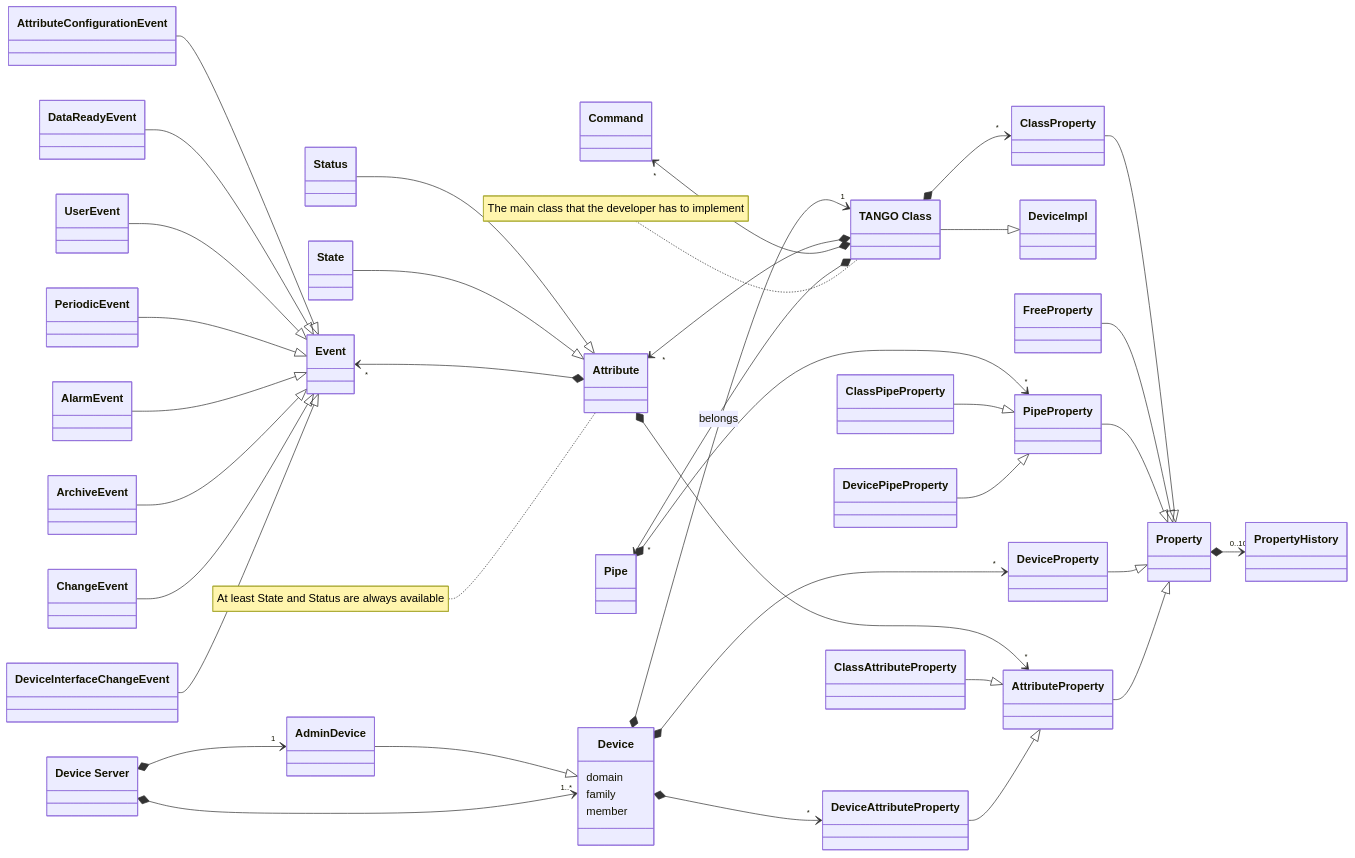
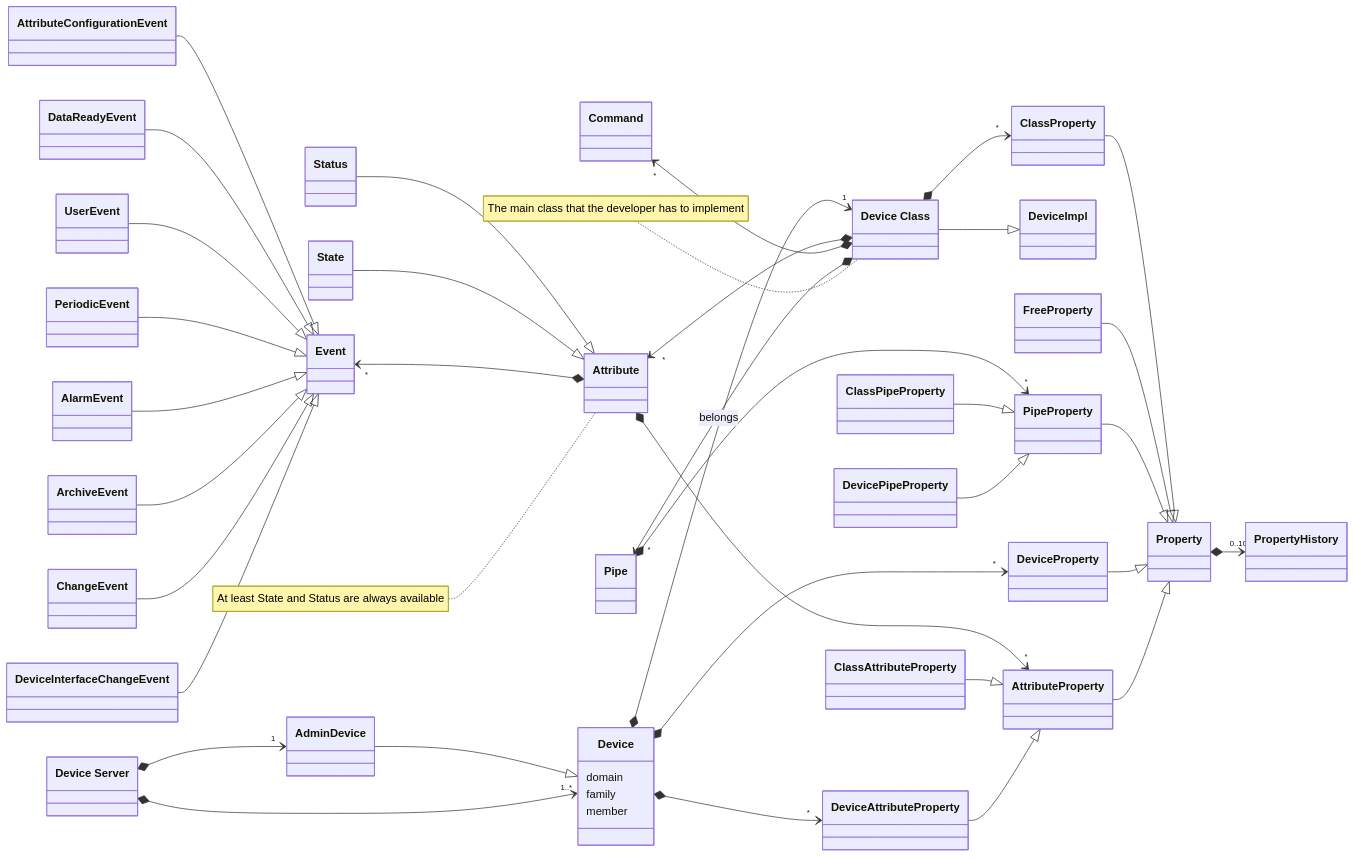
One commit to zhalday/tango-controls changed the second of 2 diagrams in source/Explanation/data-model.md. Above: the diagram before and after it, drawn with Mermaid. The commit also changed other lines of this file and 1 other file, not shown here.

````diff
--- a/source/Explanation/data-model.md
+++ b/source/Explanation/data-model.md
@@ -7,56 +44,56 @@
 ```{mermaid}
 classDiagram
   direction LR
-  class cls["TANGO Class"]
+  class cls["Device Class"]
   class dserver["Device Server"]
   click dserver href "./device.html#tango-device-server" "Device Server documentation"
   class Pipe
   click Pipe href "./pipe.html#tango-pipe-model" "Pipe documentation"
   class Command
   click Command href "./command.html#tango-command-model" "Command documentation"
   class Attribute
   click Attribute href "./attribute.html#tango-attribute-model" "Attribute documentation"
   class Event
   click Event href "./event.html" "Event documentation"
   class Device {
     domain
     family
     member
   }
   Pipe "*" <--* cls 
   Command "*" <--* cls
   Attribute "*" <--* cls
   Event "*" <--* Attribute
   DeviceInterfaceChangeEvent --|> Event
   ChangeEvent --|> Event
   ArchiveEvent --|> Event
   AlarmEvent --|> Event
   PeriodicEvent --|> Event
   UserEvent --|> Event
   DataReadyEvent --|> Event
   AttributeConfigurationEvent --|> Event
   State --|> Attribute
   Status --|> Attribute
   Device *--> "1" cls : belongs
   dserver *--> "1..*" Device
   Device *--> "*" DeviceProperty
   AdminDevice --|> Device
   dserver *--> "1" AdminDevice
   cls --|> DeviceImpl
   Property *--> "0..10" PropertyHistory
   AttributeProperty --|> Property
   DeviceAttributeProperty --|> AttributeProperty
   ClassAttributeProperty --|> AttributeProperty
   Device *--> "*" DeviceAttributeProperty
   DeviceProperty --|> Property
   PipeProperty --|> Property
   DevicePipeProperty --|> PipeProperty
   ClassPipeProperty --|> PipeProperty
   FreeProperty --|> Property
   ClassProperty --|> Property
   cls *--> "*" ClassProperty
   Pipe *--> "*" PipeProperty
   Attribute *--> "*" AttributeProperty
   note for Attribute "At least State and Status are always available"
   note for cls "The main class that the developer has to implement"
 ```
````
